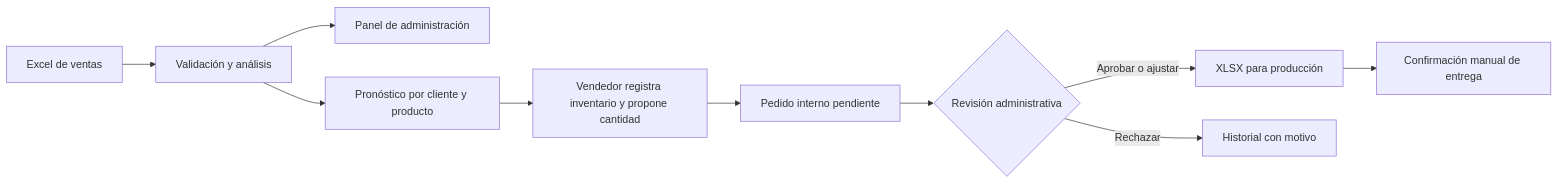
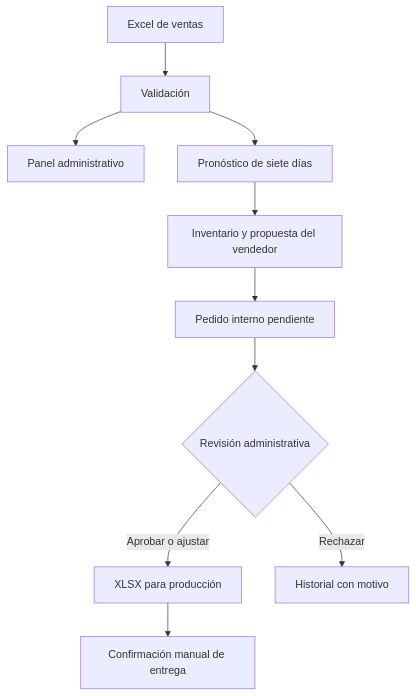
The diagram in README.md (HenryBo06/ProyectoSistemaVitali), drawn with Mermaid before and after one commit.

Commit message:
Improve README workflow diagram layout

````diff
--- a/README.md
+++ b/README.md
@@ -23,12 +23,12 @@
 ```mermaid
-flowchart LR
-    A[Excel de ventas] --> B[Validación y análisis]
-    B --> C[Panel de administración]
-    B --> D[Pronóstico por cliente y producto]
-    D --> E[Vendedor registra inventario y propone cantidad]
+flowchart TB
+    A[Excel de ventas] --> B[Validación]
+    B --> C[Panel administrativo]
+    B --> D[Pronóstico de siete días]
+    D --> E[Inventario y propuesta del vendedor]
     E --> F[Pedido interno pendiente]
     F --> G{Revisión administrativa}
     G -->|Aprobar o ajustar| H[XLSX para producción]
     G -->|Rechazar| I[Historial con motivo]
     H --> J[Confirmación manual de entrega]
 ```
````
